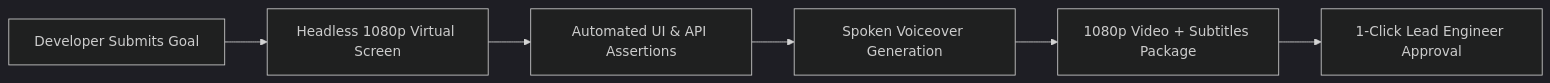
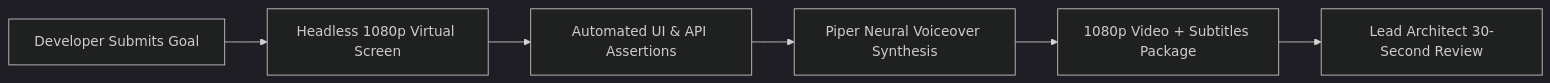
One commit to nddipiazza/robos changed the third of 3 diagrams in docs/index.md. Above: the diagram before and after it, drawn with Mermaid (dark theme). The commit also changed other lines of this file and 133 other files, not shown here.

````diff
--- a/docs/index.md
+++ b/docs/index.md
@@ -133,8 +165,8 @@
 ```mermaid
 flowchart LR
     A["Developer Submits Goal"] --> B["Headless 1080p Virtual Screen"]
     B --> C["Automated UI & API Assertions"]
-    C --> D["Spoken Voiceover Generation"]
+    C --> D["Piper Neural Voiceover Synthesis"]
     D --> E["1080p Video + Subtitles Package"]
-    E --> F["1-Click Lead Engineer Approval"]
+    E --> F["Lead Architect 30-Second Review"]
 ```
````
